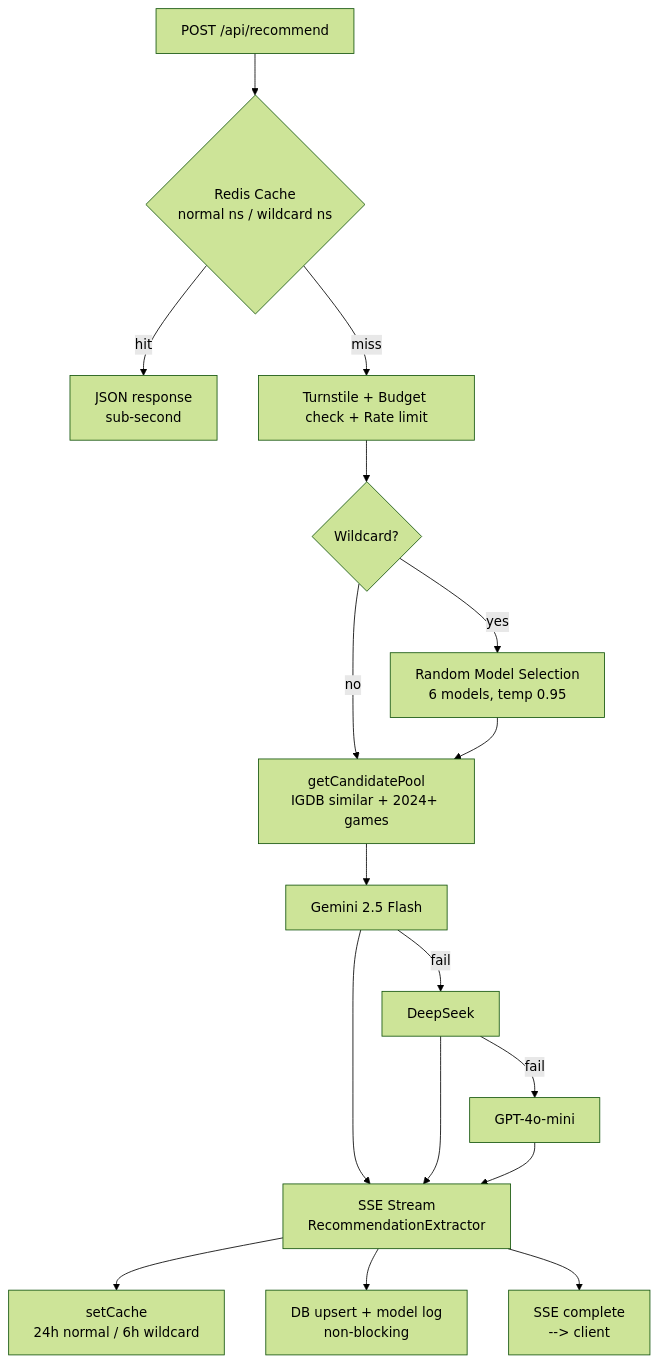
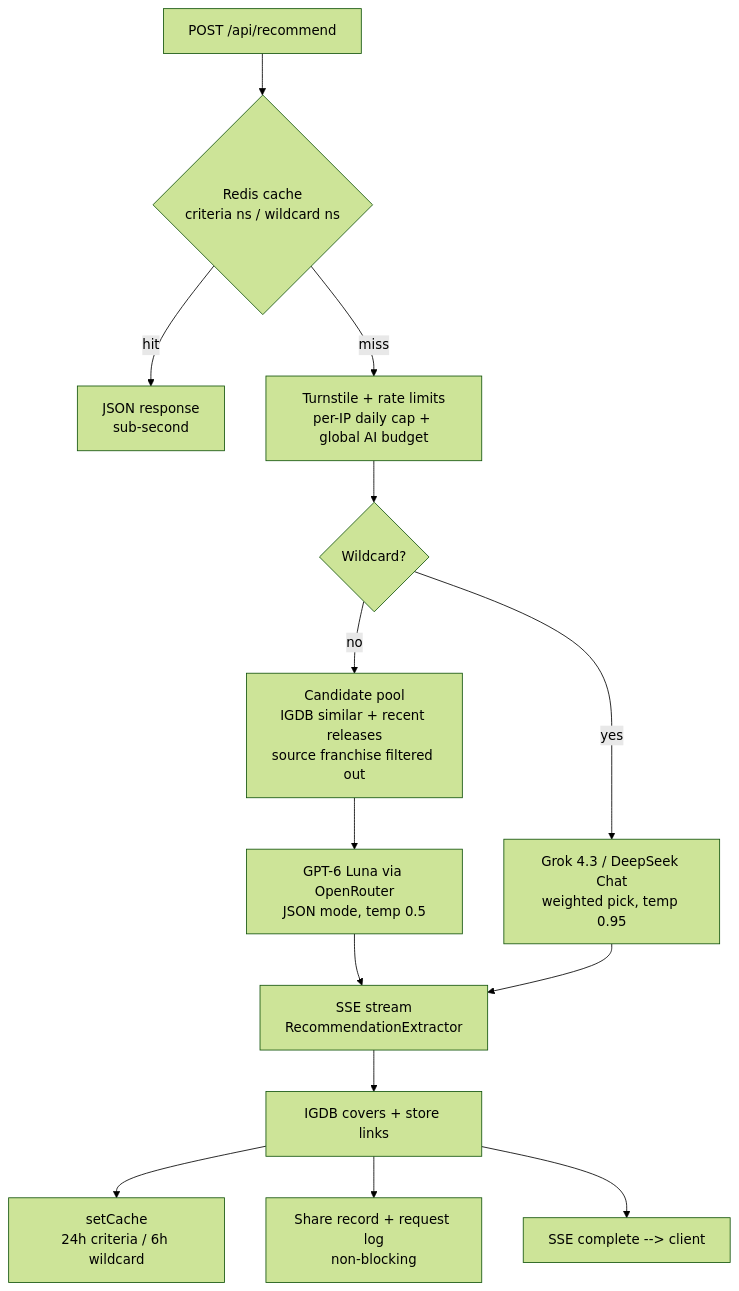
One commit to arasovic/likethisgame.com changed the diagram in README.md. Above: the diagram before and after it, drawn with Mermaid (forest theme). The commit also changed other lines of this file and 7 other files, not shown here.

Commit message:
Refresh showcase: current AI stack, architecture, stats, and new screenshots

````diff
--- a/README.md
+++ b/README.md
@@ -43,19 +53,16 @@
 ```mermaid
 flowchart TD
-    A[POST /api/recommend] --> B{Redis Cache<br/>normal ns / wildcard ns}
+    A[POST /api/recommend] --> B{Redis cache<br/>criteria ns / wildcard ns}
     B -- hit --> C[JSON response<br/>sub-second]
-    B -- miss --> D[Turnstile + Budget check + Rate limit]
+    B -- miss --> D[Turnstile + rate limits<br/>per-IP daily cap + global AI budget]
     D --> E{Wildcard?}
-    E -- no --> F[getCandidatePool<br/>IGDB similar + 2024+ games]
-    E -- yes --> W[Random Model Selection<br/>6 models, temp 0.95]
-    W --> F
-    F --> G[Gemini 2.5 Flash]
-    G -- fail --> H[DeepSeek]
-    H -- fail --> I[GPT-4o-mini]
-    G --> J[SSE Stream<br/>RecommendationExtractor]
-    H --> J
-    I --> J
-    J --> K[setCache<br/>24h normal / 6h wildcard]
-    J --> L[DB upsert + model log<br/>non-blocking]
-    J --> M[SSE complete<br/>--> client]
+    E -- no --> F[Candidate pool<br/>IGDB similar + recent releases<br/>source franchise filtered out]
+    F --> G[GPT-6 Luna via OpenRouter<br/>JSON mode, temp 0.5]
+    E -- yes --> W[Grok 4.3 / DeepSeek Chat<br/>weighted pick, temp 0.95]
+    G --> J[SSE stream<br/>RecommendationExtractor]
+    W --> J
+    J --> K[IGDB covers + store links]
+    K --> L[setCache<br/>24h criteria / 6h wildcard]
+    K --> M[Share record + request log<br/>non-blocking]
+    K --> N[SSE complete --> client]
 ```
````
